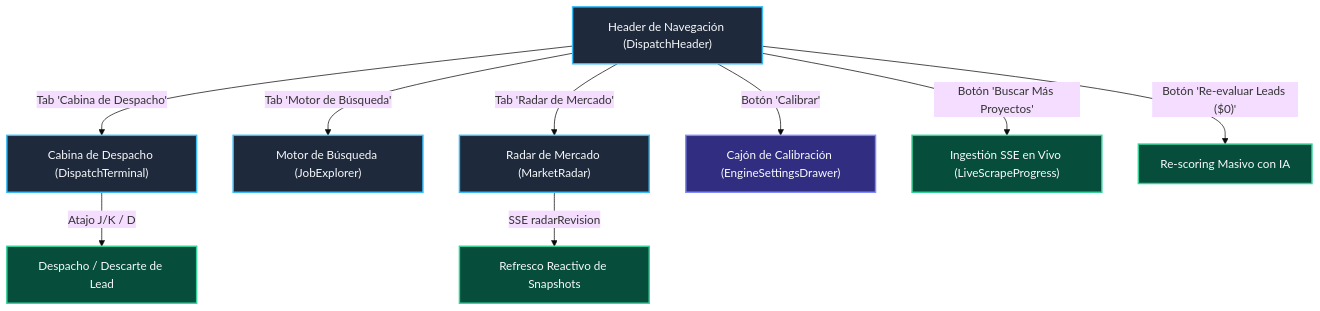
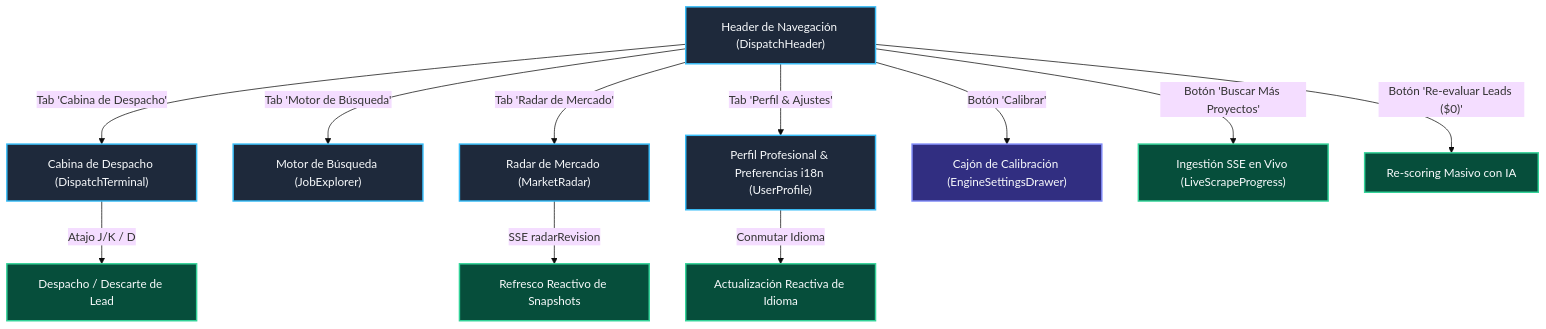
Before and after one commit to leojaimes/proposal-autopilot: the diagram in docs/architecture/UI_NAVIGATION_MAP.md, drawn with Mermaid (base theme). The commit also changed other lines of this file and 23 other files, not shown here.

````diff
--- a/docs/architecture/UI_NAVIGATION_MAP.md
+++ b/docs/architecture/UI_NAVIGATION_MAP.md
@@ -10,20 +10,22 @@
 ```mermaid
 graph TD
     classDef primary fill:#1e293b,stroke:#38bdf8,stroke-width:2px,color:#f8fafc;
     classDef drawer fill:#312e81,stroke:#818cf8,stroke-width:2px,color:#f8fafc;
     classDef action fill:#064e3b,stroke:#34d399,stroke-width:2px,color:#f8fafc;
 
     HEADER["Header de Navegación (DispatchHeader)"]:::primary
 
     HEADER -->|"Tab 'Cabina de Despacho'"| TERMINAL["Cabina de Despacho (DispatchTerminal)"]:::primary
     HEADER -->|"Tab 'Motor de Búsqueda'"| EXPLORER["Motor de Búsqueda (JobExplorer)"]:::primary
     HEADER -->|"Tab 'Radar de Mercado'"| RADAR["Radar de Mercado (MarketRadar)"]:::primary
+    HEADER -->|"Tab 'Perfil & Ajustes'"| PROFILE["Perfil Profesional & Preferencias i18n (UserProfile)"]:::primary
 
     HEADER -->|"Botón 'Calibrar'"| DRAWER["Cajón de Calibración (EngineSettingsDrawer)"]:::drawer
     HEADER -->|"Botón 'Buscar Más Proyectos'"| SSE["Ingestión SSE en Vivo (LiveScrapeProgress)"]:::action
     HEADER -->|"Botón 'Re-evaluar Leads ($0)'"| REPROCESS["Re-scoring Masivo con IA"]:::action
 
     RADAR -->|"SSE radarRevision"| RADAR_REFRESH["Refresco Reactivo de Snapshots"]:::action
     TERMINAL -->|"Atajo J/K / D"| LEAD_DISPATCH["Despacho / Descarte de Lead"]:::action
+    PROFILE -->|"Conmutar Idioma"| I18N_SWITCH["Actualización Reactiva de Idioma"]:::action
 
 ```
````
